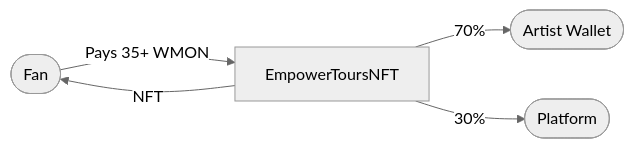
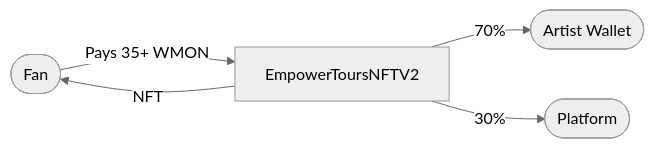
Before and after one commit to EmpowerTours/fcempowertours: the fourth of 12 diagrams in README.md, drawn with Mermaid (neutral theme). The commit also changed other lines of this file and 8 other files, not shown here.

````diff
--- a/README.md
+++ b/README.md
@@ -534,7 +534,7 @@
 ```mermaid
 flowchart LR
-    Fan([Fan]) -->|Pays 35+ WMON| Contract[EmpowerToursNFT]
+    Fan([Fan]) -->|Pays 35+ WMON| Contract[EmpowerToursNFTV2]
     Contract -->|70%| Artist([Artist Wallet])
     Contract -->|30%| Platform([Platform])
     Contract -->|NFT| Fan
 ```
````
